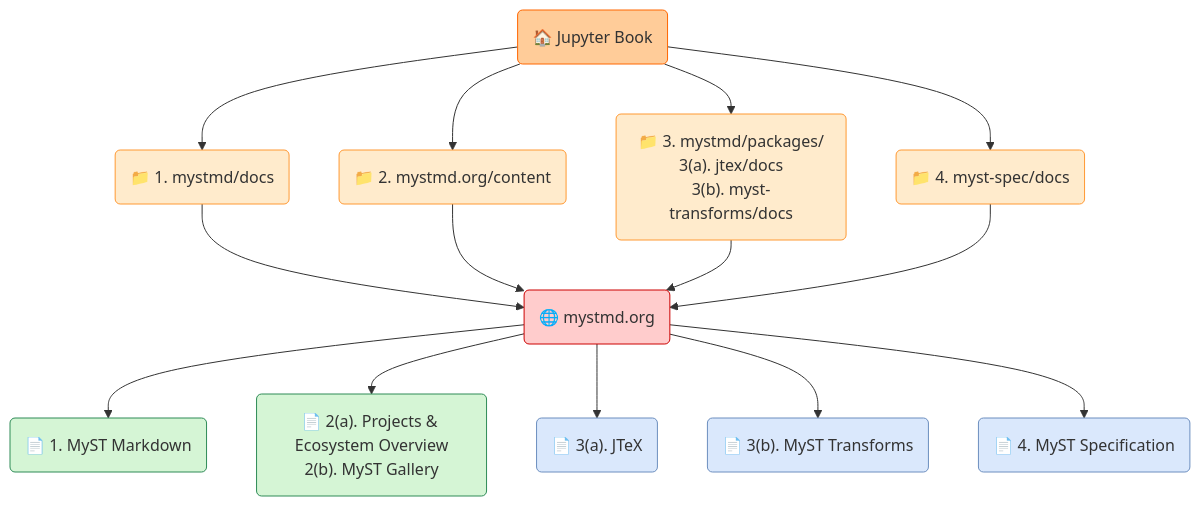
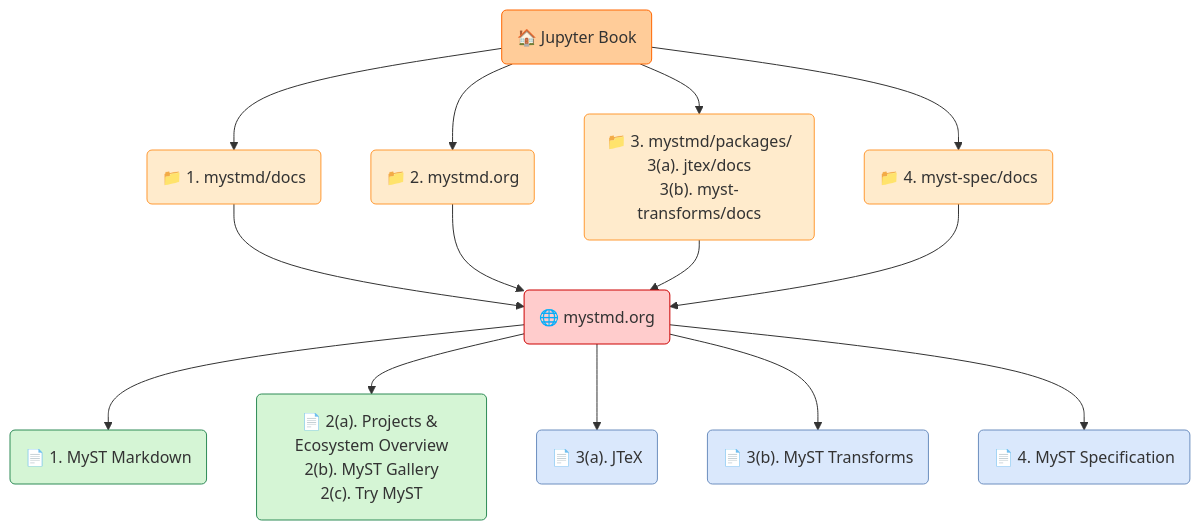
One commit to sbonaretti/jupyter-book-blog changed the fourth of 4 diagrams in docs/posts/2026/03-cm-jb-myst-docs.md. Above: the diagram before and after it, drawn with Mermaid. The commit also changed other lines of this file and 1 other file, not shown here.

Commit message:
Fix minor things + add link to Try MyST

````diff
--- a/docs/posts/2026/03-cm-jb-myst-docs.md
+++ b/docs/posts/2026/03-cm-jb-myst-docs.md
@@ -166,55 +166,55 @@
 ```mermaid
 flowchart TD;
     
     %% organization
     JB("🏠 Jupyter Book")
 
     %% repos
     myst_main_repo("📁 1. mystmd/docs")
-    myst_org_repo("📁 2. mystmd.org/content")
+    myst_org_repo("📁 2. mystmd.org")
     myst_tran_repo("📁 3. mystmd/packages/<br>3(a). jtex/docs<br>3(b). myst-transforms/docs")
     myst_specs_repo("📁 4. myst-spec/docs")
     
     %% websites
     myst_org_ws("🌐 mystmd.org")
 
     %% sections
     myst_main("📄 1. MyST Markdown")
-    myst_org("📄 2(a). Projects & Ecosystem Overview<br>2(b). MyST Gallery")
+    myst_org("📄 2(a). Projects & Ecosystem Overview<br>2(b). MyST Gallery<br>2(c). Try MyST")
     myst_jtex("📄 3(a). JTeX")
     myst_tran("📄 3(b). MyST Transforms")
     myst_specs("📄 4. MyST Specification")
         
     %% links organization-to-repo
     JB-->myst_main_repo
     JB-->myst_org_repo
     JB-->myst_tran_repo
     JB-->myst_specs_repo
 
     %% links repo-to-websites
     myst_main_repo-->myst_org_ws
     myst_org_repo-->myst_org_ws
     myst_tran_repo-->myst_org_ws
     myst_specs_repo-->myst_org_ws
 
     %%links website-to-section
     myst_org_ws-->myst_main
     myst_org_ws-->myst_org
     myst_org_ws-->myst_jtex
     myst_org_ws-->myst_tran
     myst_org_ws-->myst_specs
      
     %% colors
     classDef orange fill:#ffcc99,stroke:#ff6600,stroke-width:2px //orange
         class JB orange
     classDef lightorange fill:#ffebcc, stroke:#ff9933, stroke-width:2px // light orange
         class myst_main_repo,myst_org_repo,myst_tran_repo,myst_specs_repo lightorange
     classDef red fill:#ffcccc,stroke:#cc0000,stroke-width:2px // red    
         class JB_org_ws,myst_org_ws,myst_ep_ws,myst_netlify red
     classDef yellow fill:#fff2cc,stroke:#d6b656,stroke-width:2px // yellow    
         class JB_UG yellow
     classDef green fill:#d5f5d5,stroke:#2e8b57,stroke-width:2px // green
         class myst_org,myst_main green
     classDef blue fill:#dae8fc,stroke:#6c8ebf,stroke-width:2px // blue
         class myst_theme,myst_jtex,myst_tran,myst_specs blue
 ```
````
